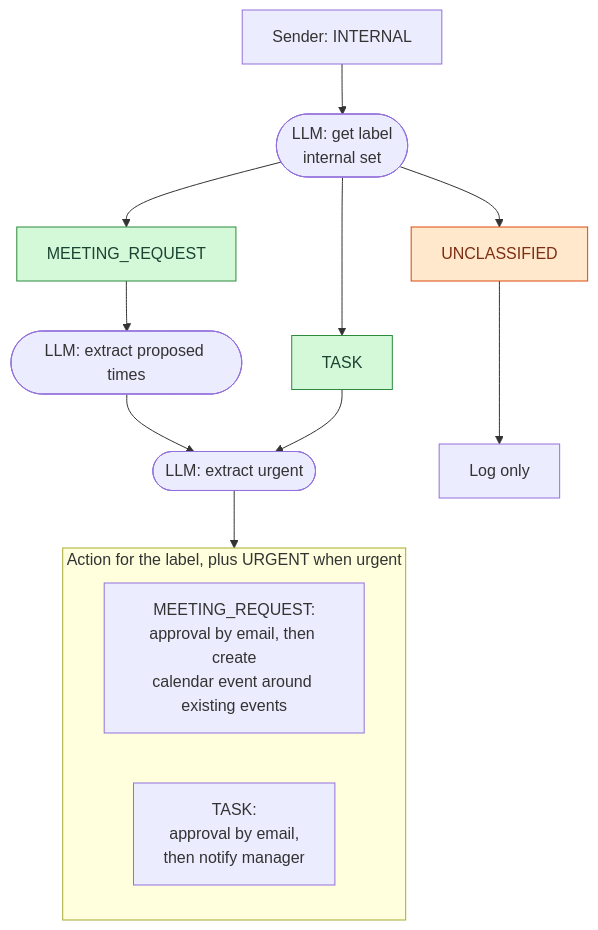
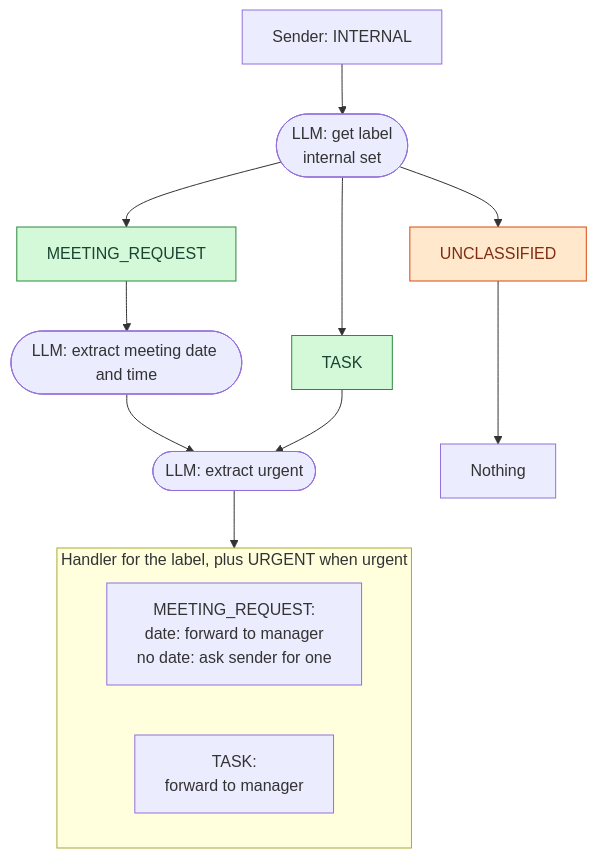
Before and after one commit to andreicaminschi/ai-email-assistant: the second of 2 diagrams in docs/classify-tree.md, drawn with Mermaid. The commit also changed other lines of this file and 41 other files, not shown here.

First line of the commit message:
docs: simplify flows to per-pair handlers and yes/no approval

````diff
--- a/docs/classify-tree.md
+++ b/docs/classify-tree.md
@@ -63,24 +88,24 @@
 ```mermaid
 flowchart TD
     A[Sender: INTERNAL] --> IL([LLM: get label<br/>internal set])
 
     %% Longer ---> arrows keep every label on one row
     IL --> I_TSK[TASK]:::tag
     IL --> I_MTG[MEETING_REQUEST]:::tag
     IL --> I_UNC[UNCLASSIFIED]:::unclassified
 
-    I_MTG --> IT([LLM: extract proposed times])
+    I_MTG --> IT([LLM: extract meeting date and time])
     IT --> IU([LLM: extract urgent])
     I_TSK --> IU
 
-    subgraph MAP["Action for the label, plus URGENT when urgent"]
-        X_MTG[MEETING_REQUEST:<br/>approval by email, then create<br/>calendar event around existing events]
-        X_TSK[TASK:<br/>approval by email,<br/>then notify manager]
+    subgraph MAP["Handler for the label, plus URGENT when urgent"]
+        X_MTG[MEETING_REQUEST:<br/>date: forward to manager<br/>no date: ask sender for one]
+        X_TSK[TASK:<br/>forward to manager]
     end
 
     IU --> MAP
-    I_UNC ---> X_LOG[Log only]
+    I_UNC ---> X_UNC[Nothing]
 
     classDef tag fill:#d3f9d8,stroke:#2b8a3e,color:#1b4332
     classDef unclassified fill:#ffe8cc,stroke:#d9480f,color:#7c2d12
 ```
````
